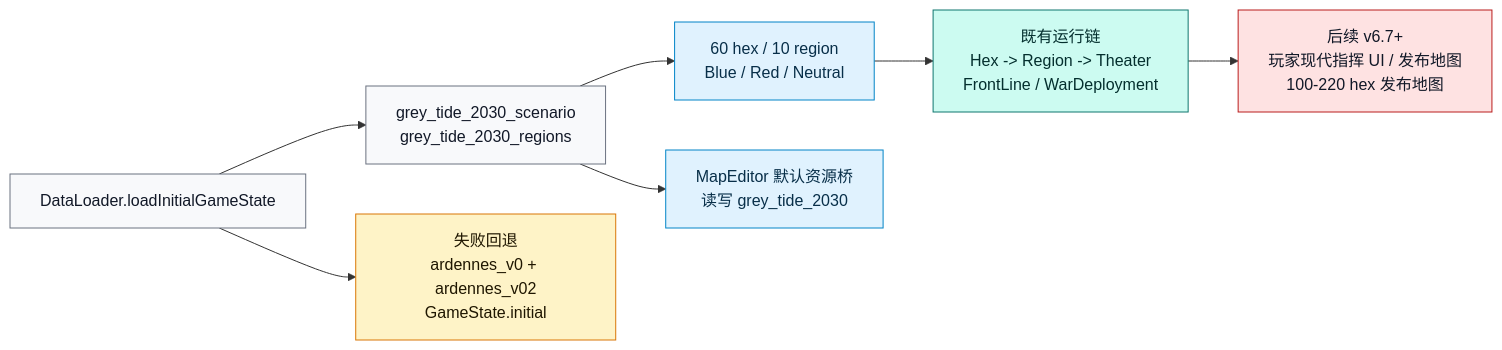
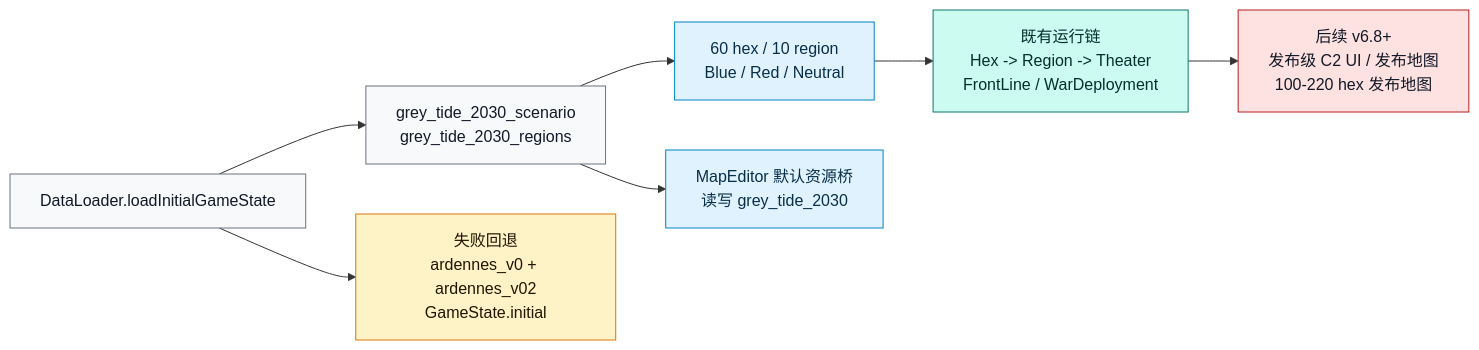
Before and after one commit to Altman-sam114/127: the fourth of 17 diagrams in md/flow/flowchart.md, drawn with Mermaid. The commit also changed other lines of this file and 8 other files, not shown here.

````diff
--- a/md/flow/flowchart.md
+++ b/md/flow/flowchart.md
@@ -115,21 +115,21 @@
 ```mermaid
 flowchart LR
     ENTRY["DataLoader.loadInitialGameState"]:::data
     GREY["grey_tide_2030_scenario<br/>grey_tide_2030_regions"]:::data
     MAP["60 hex / 10 region<br/>Blue / Red / Neutral"]:::state
     EDITOR["MapEditor 默认资源桥<br/>读写 grey_tide_2030"]:::state
     PIPE["既有运行链<br/>Hex -> Region -> Theater<br/>FrontLine / WarDeployment"]:::rules
     FALLBACK["失败回退<br/>ardennes_v0 + ardennes_v02<br/>GameState.initial"]:::legacy
-    TODO["后续 v6.7+<br/>玩家现代指挥 UI / 发布地图<br/>100-220 hex 发布地图"]:::risk
+    TODO["后续 v6.8+<br/>发布级 C2 UI / 发布地图<br/>100-220 hex 发布地图"]:::risk
 
     ENTRY --> GREY --> MAP --> PIPE
     GREY --> EDITOR
     ENTRY --> FALLBACK
     PIPE --> TODO
 
     classDef data fill:#f8f9fb,stroke:#6b7280,color:#111827
     classDef state fill:#e0f2fe,stroke:#0284c7,color:#082f49
     classDef rules fill:#ccfbf1,stroke:#0f766e,color:#042f2e
     classDef legacy fill:#fef3c7,stroke:#d97706,color:#1f1600
     classDef risk fill:#fee2e2,stroke:#b91c1c,color:#111827
 ```
````
